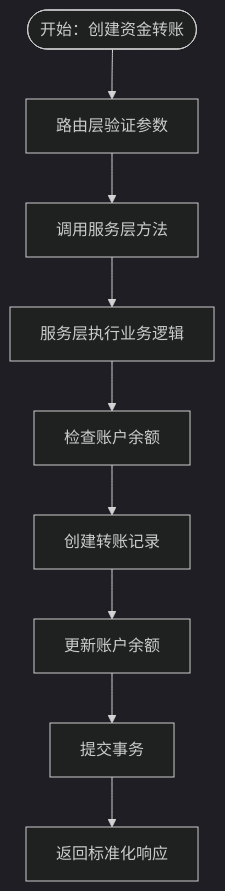
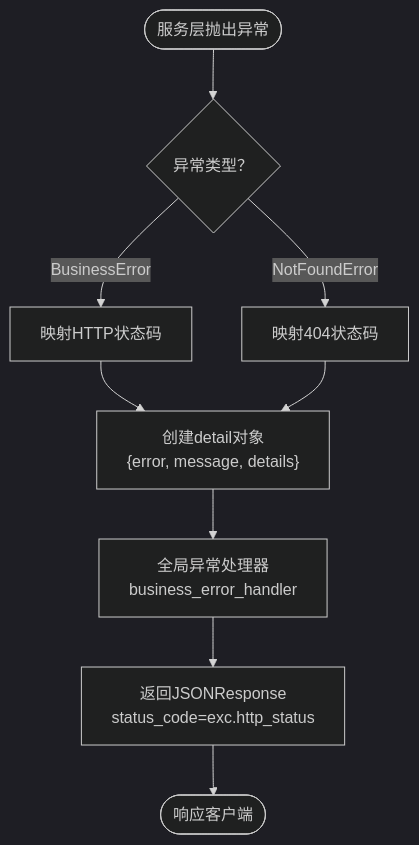
The fourth of 10 diagrams in .qoder/repowiki/zh/content/系统架构/后端架构.md (gujialind/InvestRing), drawn with Mermaid (dark theme) before and after one commit. The commit also changed other lines of this file and 65 other files, not shown here.

````diff
--- a/.qoder/repowiki/zh/content/系统架构/后端架构.md
+++ b/.qoder/repowiki/zh/content/系统架构/后端架构.md
@@ -265,11 +248,11 @@
 ```mermaid
 flowchart TD
-Start(["开始：创建资金转账"]) --> Validate["路由层验证参数"]
-Validate --> CallService["调用服务层方法"]
-CallService --> BusinessLogic["服务层执行业务逻辑"]
-BusinessLogic --> CheckBalance["检查账户余额"]
-CheckBalance --> CreateRecord["创建转账记录"]
-CreateRecord --> UpdateBalance["更新账户余额"]
-UpdateBalance --> Commit["提交事务"]
-Commit --> ReturnResponse["返回标准化响应"]
+Start(["服务层抛出异常"]) --> CheckType{"异常类型？"}
+CheckType --> |BusinessError| MapStatus["映射HTTP状态码"]
+CheckType --> |NotFoundError| Map404["映射404状态码"]
+MapStatus --> CreateDetail["创建detail对象<br/>{error, message, details}"]
+Map404 --> CreateDetail
+CreateDetail --> Handler["全局异常处理器<br/>business_error_handler"]
+Handler --> Response["返回JSONResponse<br/>status_code=exc.http_status"]
+Response --> End(["响应客户端"])
 ```
````
